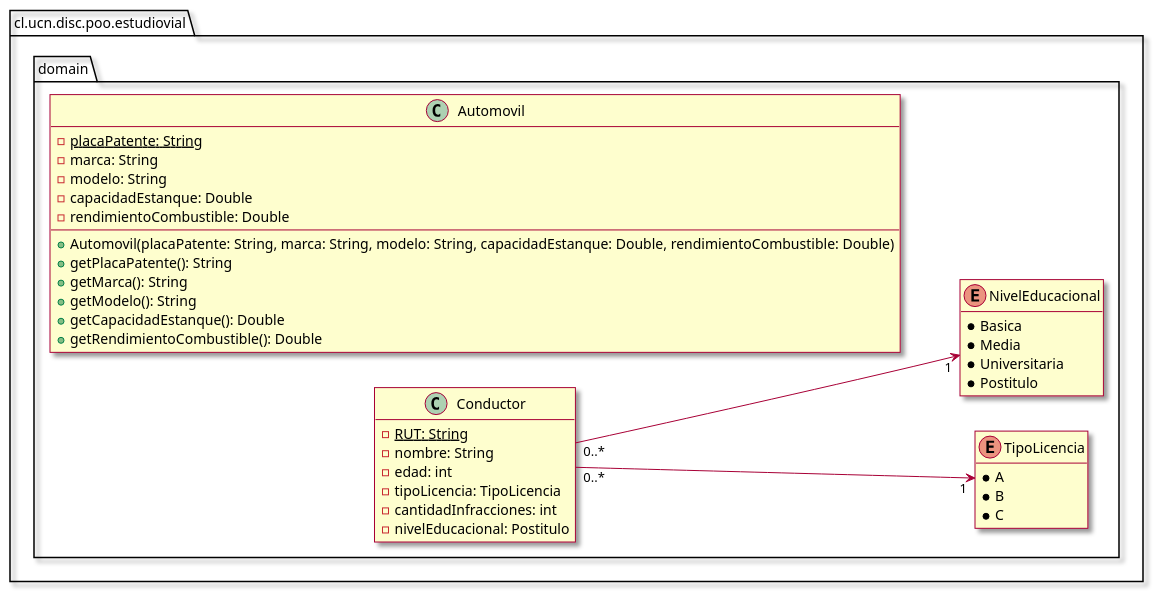
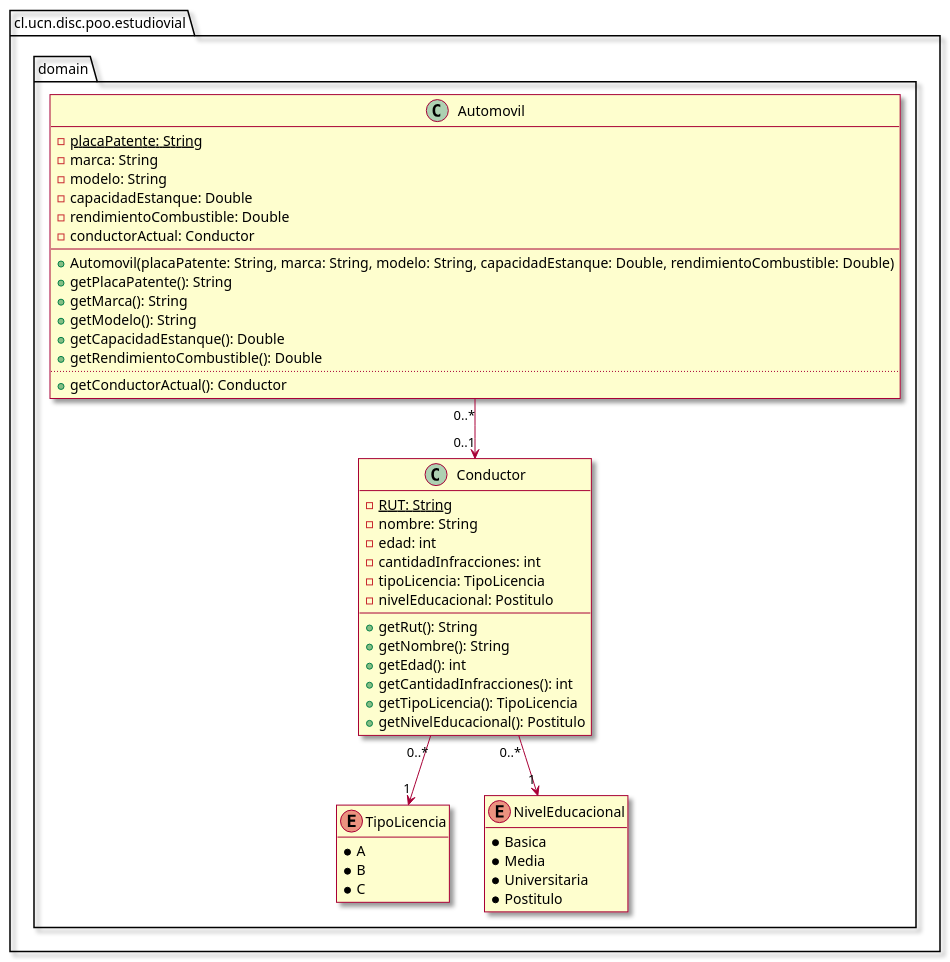
Before and after one commit to godiecl/estudio-vial: the diagram in docs/class.puml, drawn with PlantUML.

Commit message:
feat: add conductor and gets

```diff
--- a/docs/class.puml
+++ b/docs/class.puml
@@ -1,54 +1,65 @@
 @startuml
 skin rose
 set separator none
-left to right direction
+' left to right direction
 hide empty members
 
 package cl.ucn.disc.poo.estudiovial {
 
     package domain {
 
         class Automovil {
             - {static} placaPatente: String
             - marca: String
             - modelo: String
             - capacidadEstanque: Double
             - rendimientoCombustible: Double
+            - conductorActual: Conductor
+            ----
             + Automovil(placaPatente: String, marca: String, modelo: String, capacidadEstanque: Double, rendimientoCombustible: Double)
             + getPlacaPatente(): String
             + getMarca(): String
             + getModelo(): String
             + getCapacidadEstanque(): Double
             + getRendimientoCombustible(): Double
+            ....
+            + getConductorActual(): Conductor
         }
+        Automovil "0..*" --> "0..1" Conductor
 
         enum TipoLicencia {
             * A
             * B
             * C
         }
 
         enum NivelEducacional {
             * Basica
             * Media
             * Universitaria
             * Postitulo
         }
 
         class Conductor {
             - {static} RUT: String
             - nombre: String
             - edad: int
+            - cantidadInfracciones: int
             - tipoLicencia: TipoLicencia
-            - cantidadInfracciones: int
             - nivelEducacional: Postitulo
+            + getRut(): String
+            + getNombre(): String
+            + getEdad(): int
+            + getCantidadInfracciones(): int
+            + getTipoLicencia(): TipoLicencia
+            + getNivelEducacional(): Postitulo
         }
         Conductor "0..*" --> "1" TipoLicencia
         Conductor "0..*" --> "1" NivelEducacional
 
     }
 
 }
 
 
 @enduml
```
